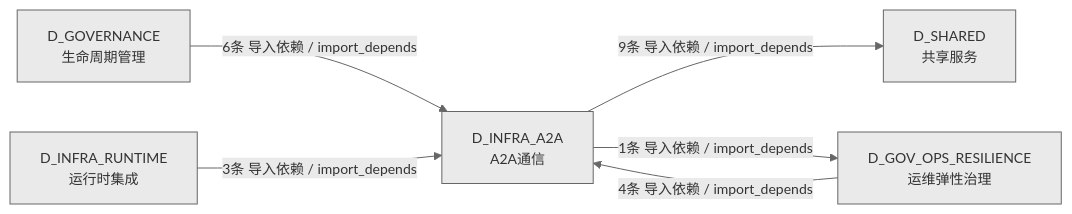
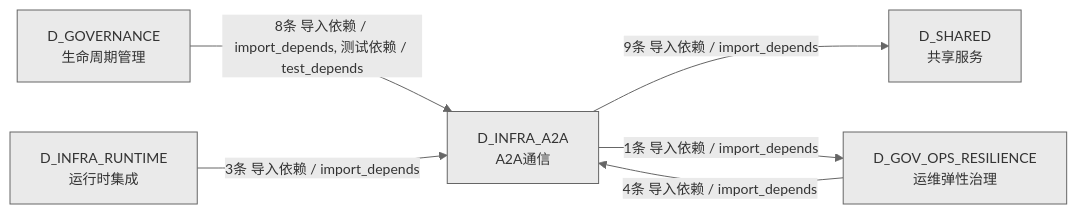
One commit to xuanFelixVan/ZephyrAlpha changed the third of 3 diagrams in docs/02_enterprise_architecture/02_domain_architecture_docs/03_d_infra_a2a.md. Above: the diagram before and after it, drawn with Mermaid. The commit also changed other lines of this file and 45 other files, not shown here.

````diff
--- a/docs/02_enterprise_architecture/02_domain_architecture_docs/03_d_infra_a2a.md
+++ b/docs/02_enterprise_architecture/02_domain_architecture_docs/03_d_infra_a2a.md
@@ -514,14 +518,14 @@
 ```mermaid
 %%{init: {'theme': 'base', 'themeVariables': {'primaryColor': '#eaeaea', 'primaryTextColor': '#333333', 'primaryBorderColor': '#666666', 'lineColor': '#666666', 'secondaryColor': '#eaeaea', 'tertiaryColor': '#eaeaea', 'fontSize': '14px'}}}%%
 graph LR
     D_INFRA_A2A["D_INFRA_A2A<br/>A2A通信"]
     D_SHARED["D_SHARED<br/>共享服务"]
     D_GOV_OPS_RESILIENCE["D_GOV_OPS_RESILIENCE<br/>运维弹性治理"]
     D_GOVERNANCE["D_GOVERNANCE<br/>生命周期管理"]
     D_INFRA_RUNTIME["D_INFRA_RUNTIME<br/>运行时集成"]
     D_INFRA_A2A -->|9条 导入依赖 / import_depends| D_SHARED
     D_INFRA_A2A -->|1条 导入依赖 / import_depends| D_GOV_OPS_RESILIENCE
-    D_GOVERNANCE -->|6条 导入依赖 / import_depends| D_INFRA_A2A
+    D_GOVERNANCE -->|8条 导入依赖 / import_depends, 测试依赖 / test_depends| D_INFRA_A2A
     D_GOV_OPS_RESILIENCE -->|4条 导入依赖 / import_depends| D_INFRA_A2A
     D_INFRA_RUNTIME -->|3条 导入依赖 / import_depends| D_INFRA_A2A
 ```
````
